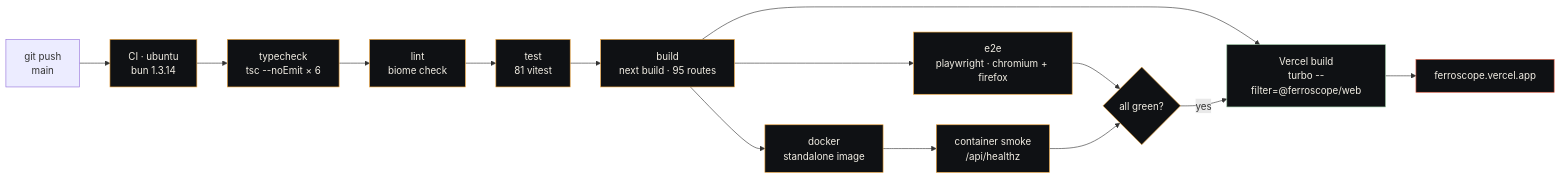
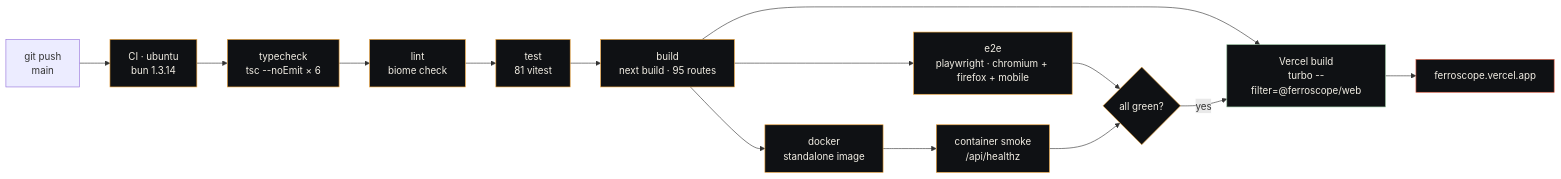
One commit to aniruddhaadak80/ferroscope changed the ninth of 13 diagrams in README.md. Above: the diagram before and after it, drawn with Mermaid.

Commit message:
docs: note the mobile Playwright project in the CI diagram

````diff
--- a/README.md
+++ b/README.md
@@ -635,23 +635,23 @@
 ```mermaid
 flowchart LR
   DEV["git push<br/>main"] --> CI["CI · ubuntu<br/>bun 1.3.14"]
   CI --> Q["typecheck<br/>tsc --noEmit × 6"]
   Q --> L["lint<br/>biome check"]
   L --> T["test<br/>81 vitest"]
   T --> B["build<br/>next build · 95 routes"]
-  B --> E["e2e<br/>playwright · chromium + firefox"]
+  B --> E["e2e<br/>playwright · chromium + firefox + mobile"]
   B --> D["docker<br/>standalone image"]
   D --> DS["container smoke<br/>/api/healthz"]
   E --> OK{"all green?"}
   DS --> OK
   B --> V["Vercel build<br/>turbo --filter=@ferroscope/web"]
   OK -->|yes| V
   V --> PROD["ferroscope.vercel.app"]
 
   classDef ci fill:#0f1114,stroke:#f0a63c,color:#f2eee4
   classDef gate fill:#0f1114,stroke:#8fb996,color:#f2eee4
   classDef prod fill:#0f1114,stroke:#e5644a,color:#f2eee4
   class CI,Q,L,T,B,E,D,DS,OK ci
   class V gate
   class PROD prod
 ```
````
